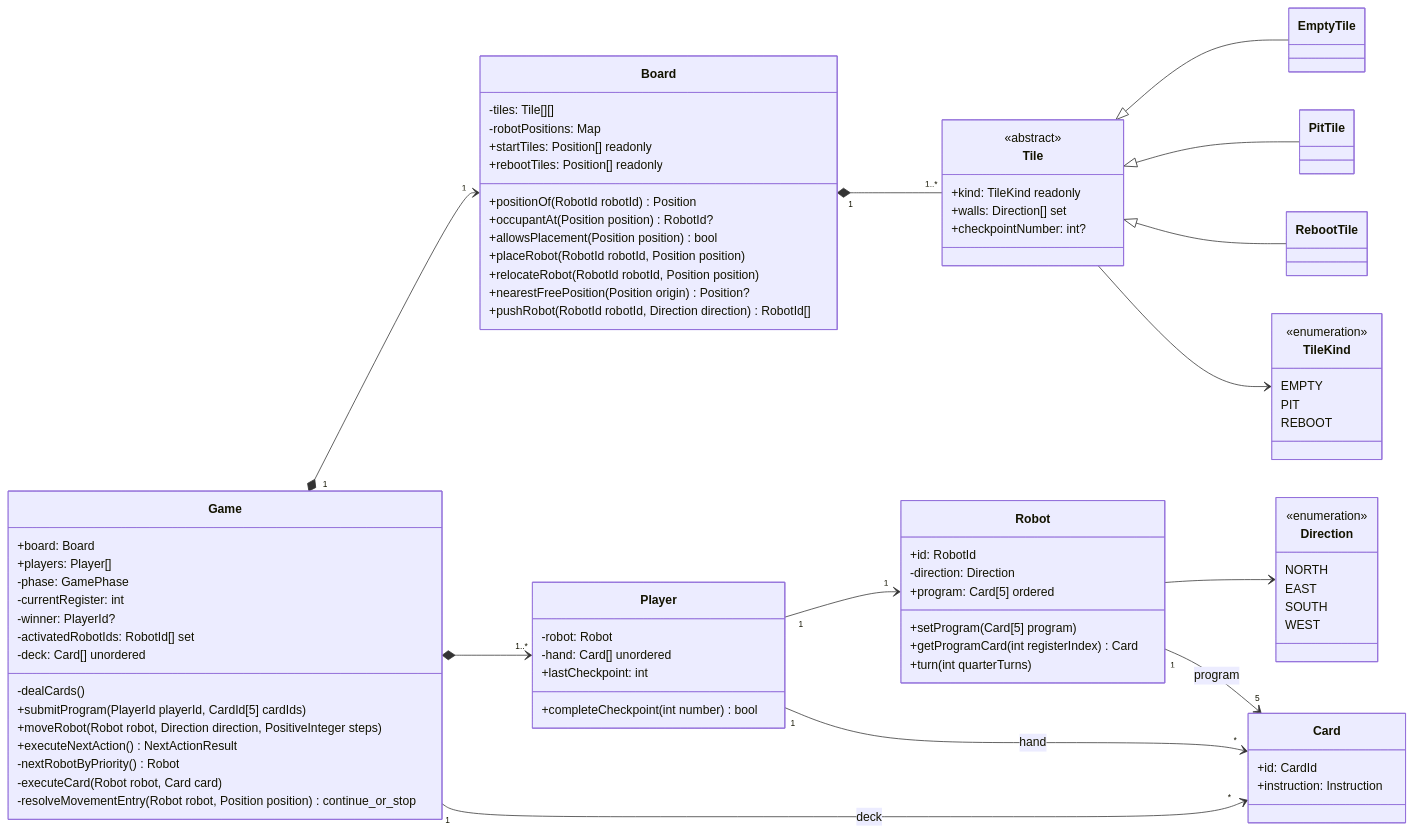
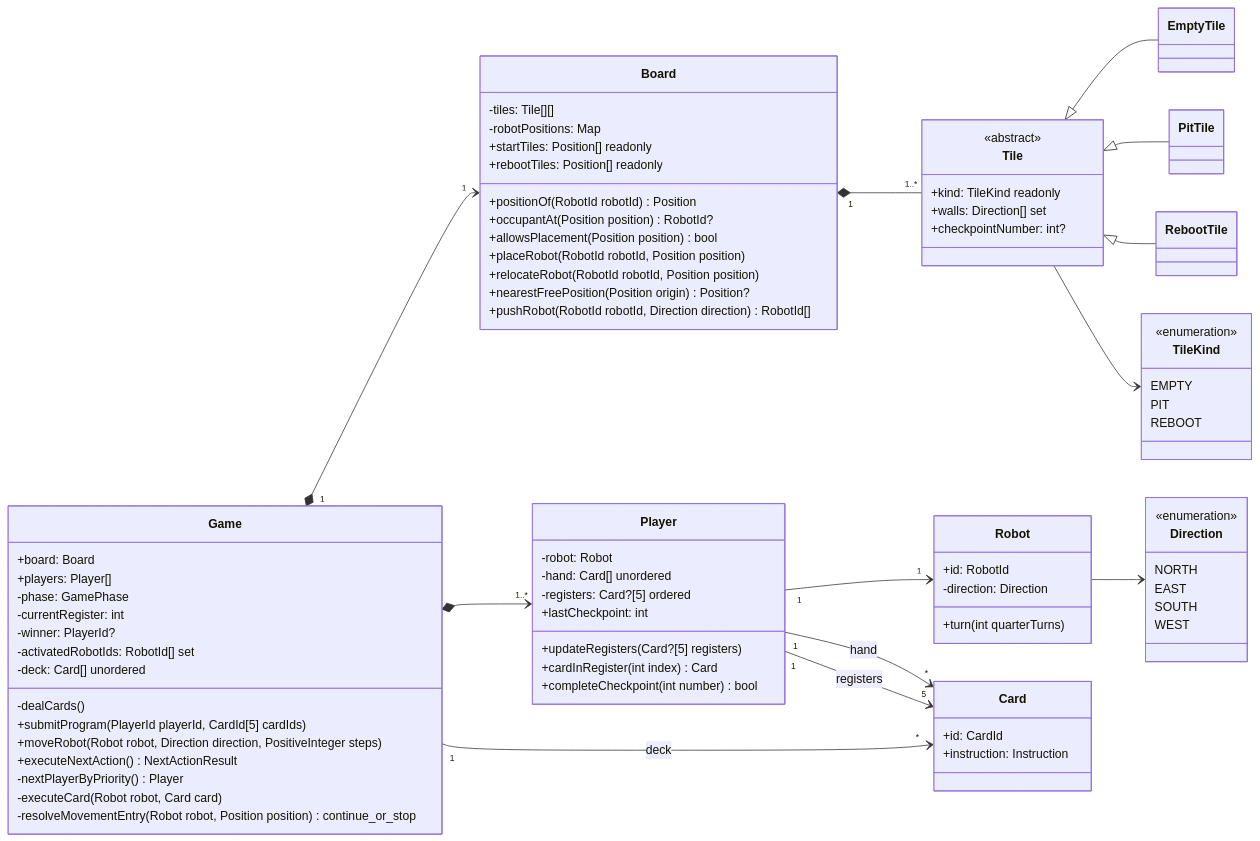
Before and after one commit to hananinas/RoboRally: the diagram in docs/game_model_UML.md, drawn with Mermaid. The commit also changed other lines of this file and 25 other files, not shown here.

````diff
--- a/docs/game_model_UML.md
+++ b/docs/game_model_UML.md
@@ -17,7 +17,7 @@
         +submitProgram(PlayerId playerId, CardId[5] cardIds)
         +moveRobot(Robot robot, Direction direction, PositiveInteger steps)
         +executeNextAction() NextActionResult
-        -nextRobotByPriority() Robot
+        -nextPlayerByPriority() Player
         -executeCard(Robot robot, Card card)
         -resolveMovementEntry(Robot robot, Position position) continue_or_stop
         }
@@ -57,16 +57,16 @@
         class Player {
         -robot: Robot
         -hand: Card[] unordered
+        -registers: Card?[5] ordered
         +lastCheckpoint: int
+        +updateRegisters(Card?[5] registers)
+        +cardInRegister(int index) Card
         +completeCheckpoint(int number) bool
         }
 
         class Robot {
         +id: RobotId
         -direction: Direction
-        +program: Card[5] ordered
-        +setProgram(Card[5] program)
-        +getProgramCard(int registerIndex) Card
         +turn(int quarterTurns)
         }
 
@@ -97,6 +97,6 @@
 
         Game "1" --> "*" Card : deck
         Player "1" --> "*" Card : hand
-        Robot "1" --> "5" Card : program
+        Player "1" --> "5" Card : registers
 
 ```
````
